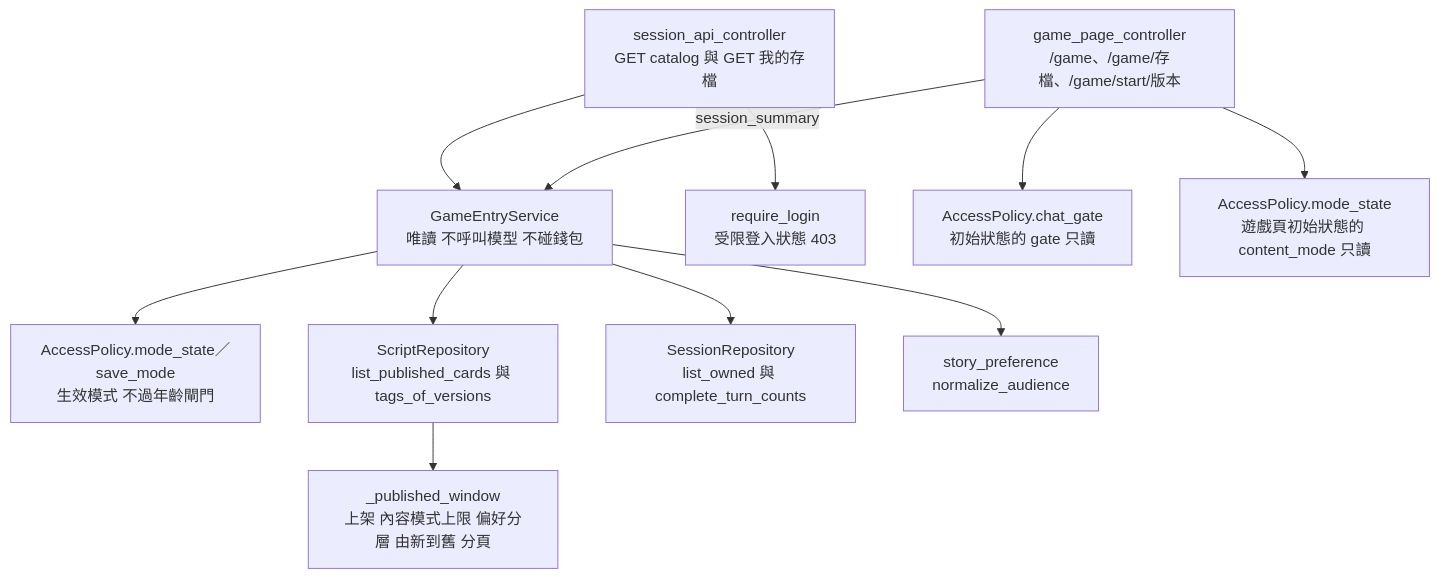
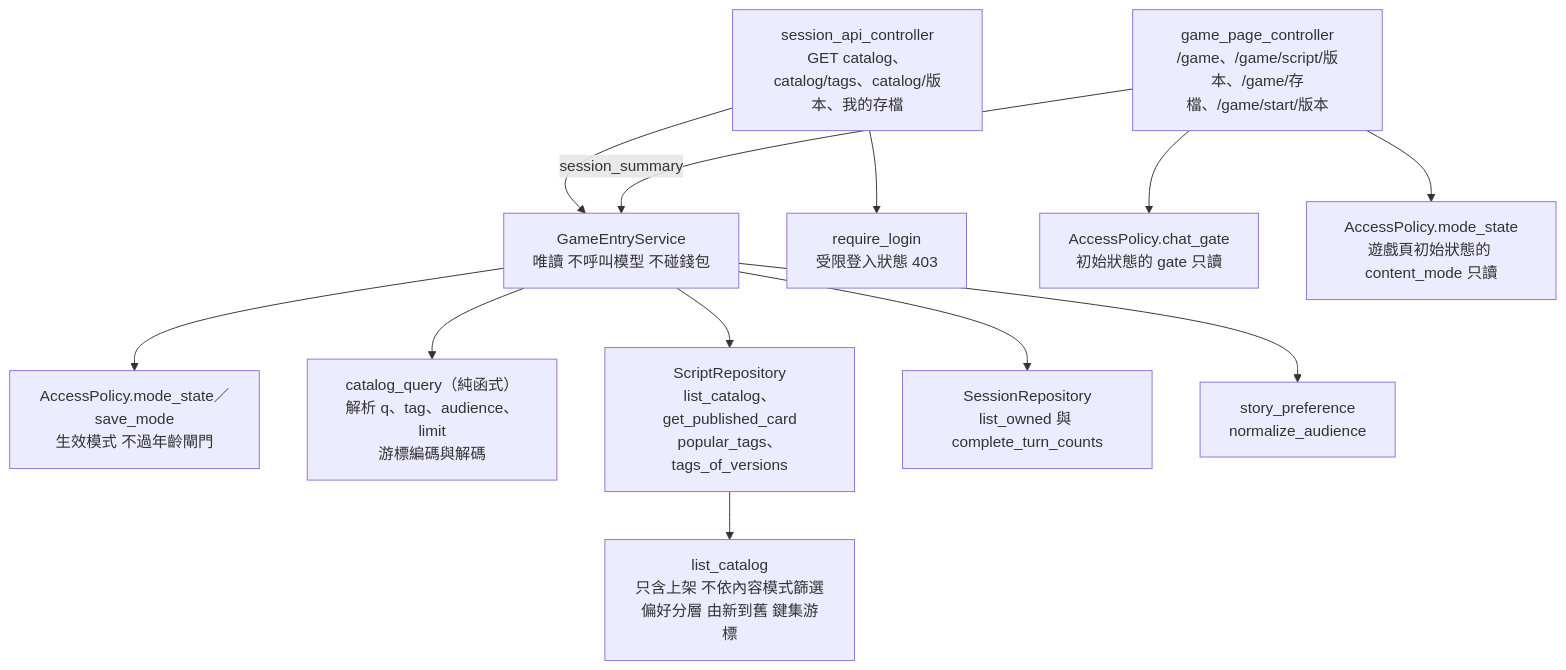
The sixth of 11 diagrams in docs/系統架構-architecture.md (pp466pp466/R.A.C), drawn with Mermaid before and after one commit. The commit also changed other lines of this file and 9 other files, not shown here.

````diff
--- a/docs/系統架構-architecture.md
+++ b/docs/系統架構-architecture.md
@@ -214,13 +246,14 @@
 ```mermaid
 flowchart TD
-    Ctl["session_api_controller<br/>GET catalog 與 GET 我的存檔"] --> GSvc["GameEntryService<br/>唯讀 不呼叫模型 不碰錢包"]
+    Ctl["session_api_controller<br/>GET catalog、catalog/tags、catalog/版本、我的存檔"] --> GSvc["GameEntryService<br/>唯讀 不呼叫模型 不碰錢包"]
     GSvc --> Pol["AccessPolicy.mode_state／save_mode<br/>生效模式 不過年齡閘門"]
-    GSvc --> SR["ScriptRepository<br/>list_published_cards 與 tags_of_versions"]
+    GSvc --> CQ["catalog_query（純函式）<br/>解析 q、tag、audience、limit<br/>游標編碼與解碼"]
+    GSvc --> SR["ScriptRepository<br/>list_catalog、get_published_card<br/>popular_tags、tags_of_versions"]
     GSvc --> SessR["SessionRepository<br/>list_owned 與 complete_turn_counts"]
     GSvc --> Pref["story_preference<br/>normalize_audience"]
-    SR --> Win["_published_window<br/>上架 內容模式上限 偏好分層 由新到舊 分頁"]
+    SR --> Win["list_catalog<br/>只含上架 不依內容模式篩選<br/>偏好分層 由新到舊 鍵集游標"]
     Ctl --> Cur["require_login<br/>受限登入狀態 403"]
-    Page["game_page_controller<br/>/game、/game/存檔、/game/start/版本"] -->|"session_summary"| GSvc
+    Page["game_page_controller<br/>/game、/game/script/版本、/game/存檔、/game/start/版本"] -->|"session_summary"| GSvc
     Page --> Gate["AccessPolicy.chat_gate<br/>初始狀態的 gate 只讀"]
     Page --> Mode["AccessPolicy.mode_state<br/>遊戲頁初始狀態的 content_mode 只讀"]
 ```
````
